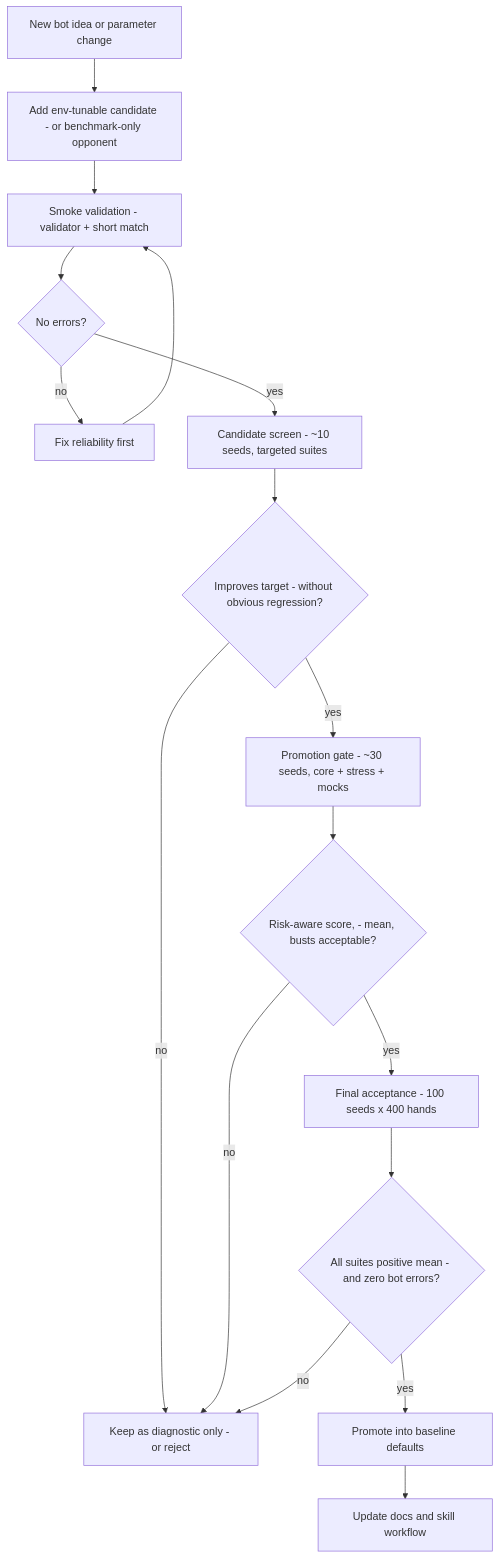
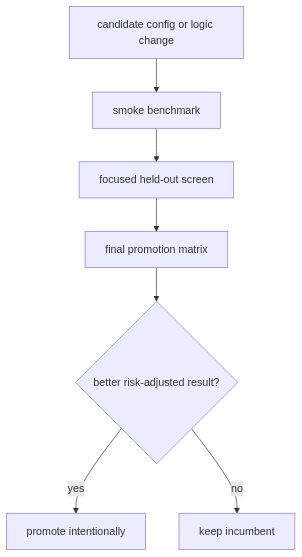
Before and after one commit to kosunghun317/fullhouse-engine: the diagram in docs/heuristic-benchmark-results.md, drawn with Mermaid. The commit also changed other lines of this file and 18 other files, not shown here.

````diff
--- a/docs/heuristic-benchmark-results.md
+++ b/docs/heuristic-benchmark-results.md
@@ -108,19 +54,9 @@
 ```mermaid
 graph TD
-    Idea["New bot idea or parameter change"] --> Implement["Add env-tunable candidate - or benchmark-only opponent"]
-    Implement --> Smoke["Smoke validation - validator + short match"]
-    Smoke --> SmokeOK{"No errors?"}
-    SmokeOK -->|no| Fix["Fix reliability first"]
-    Fix --> Smoke
-    SmokeOK -->|yes| Candidate["Candidate screen - ~10 seeds, targeted suites"]
-    Candidate --> CandidateWin{"Improves target - without obvious regression?"}
-    CandidateWin -->|no| KeepKnob["Keep as diagnostic only - or reject"]
-    CandidateWin -->|yes| Promotion["Promotion gate - ~30 seeds, core + stress + mocks"]
-    Promotion --> PromotionWin{"Risk-aware score, - mean, busts acceptable?"}
-    PromotionWin -->|no| KeepKnob
-    PromotionWin -->|yes| Final["Final acceptance - 100 seeds x 400 hands"]
-    Final --> FinalOK{"All suites positive mean - and zero bot errors?"}
-    FinalOK -->|no| KeepKnob
-    FinalOK -->|yes| Default["Promote into baseline defaults"]
-    Default --> Docs["Update docs and skill workflow"]
+    Candidate["candidate config or logic change"] --> Smoke["smoke benchmark"]
+    Smoke --> Focused["focused held-out screen"]
+    Focused --> Final["final promotion matrix"]
+    Final --> Gate{"better risk-adjusted result?"}
+    Gate -->|yes| Promote["promote intentionally"]
+    Gate -->|no| Reject["keep incumbent"]
 ```
````
